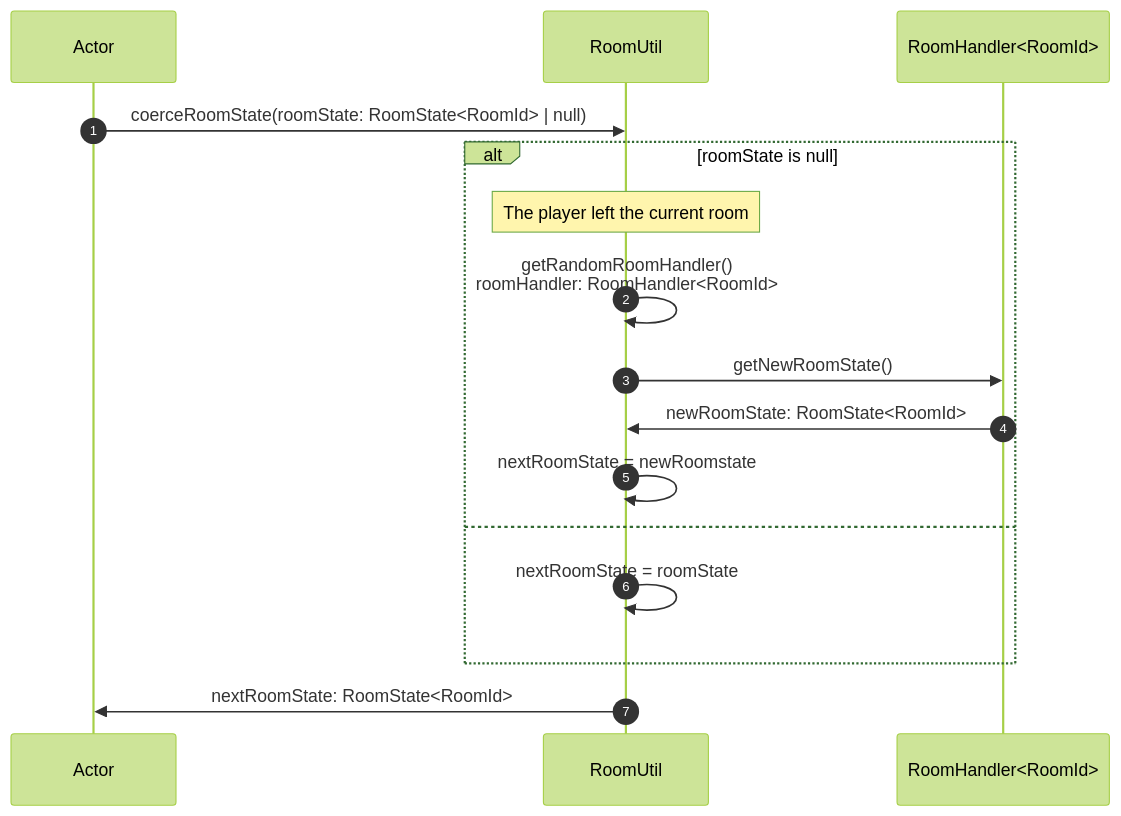
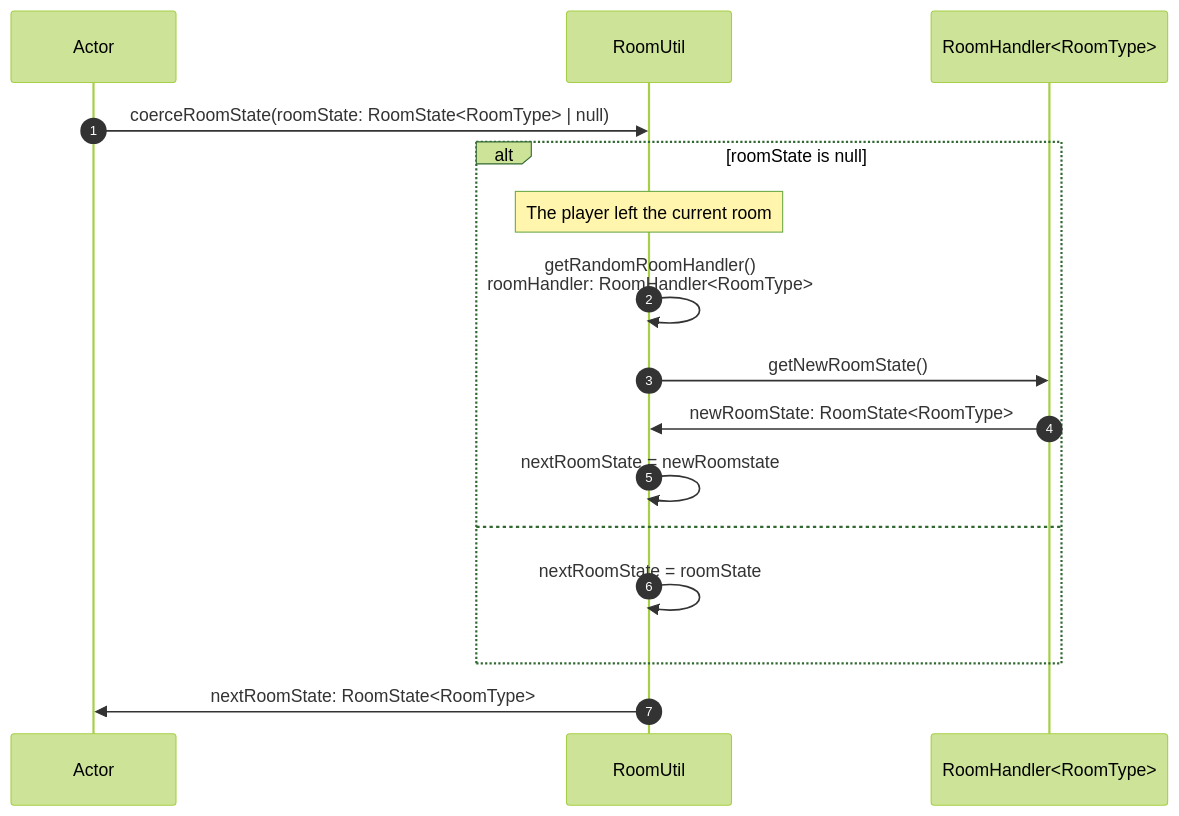
One commit to normal-devs/klicker-knight changed the fourth of 4 diagrams in docs/architecture/roomUtil.md. Above: the diagram before and after it, drawn with Mermaid (forest theme). The commit also changed other lines of this file and 8 other files, not shown here.

First line of the commit message:
Replace roomId with roomType

````diff
--- a/docs/architecture/roomUtil.md
+++ b/docs/architecture/roomUtil.md
@@ -60,23 +60,23 @@
 ```mermaid
 sequenceDiagram
   autonumber
 
   participant A as Actor
   participant RU as RoomUtil
-  participant RH as RoomHandler<RoomId>
+  participant RH as RoomHandler<RoomType>
 
-  A ->> RU: coerceRoomState(roomState: RoomState<RoomId> | null)
+  A ->> RU: coerceRoomState(roomState: RoomState<RoomType> | null)
 
   alt roomState is null
     note over RU: The player left the current room
 
-    RU ->> RU: getRandomRoomHandler() <br> roomHandler: RoomHandler<RoomId>
+    RU ->> RU: getRandomRoomHandler() <br> roomHandler: RoomHandler<RoomType>
     RU ->> RH: getNewRoomState()
-    RH ->> RU: newRoomState: RoomState<RoomId>
+    RH ->> RU: newRoomState: RoomState<RoomType>
     RU ->> RU: nextRoomState = newRoomstate
   else
     RU ->> RU: nextRoomState = roomState
   end
 
-  RU ->> A: nextRoomState: RoomState<RoomId>
+  RU ->> A: nextRoomState: RoomState<RoomType>
 ```
````
